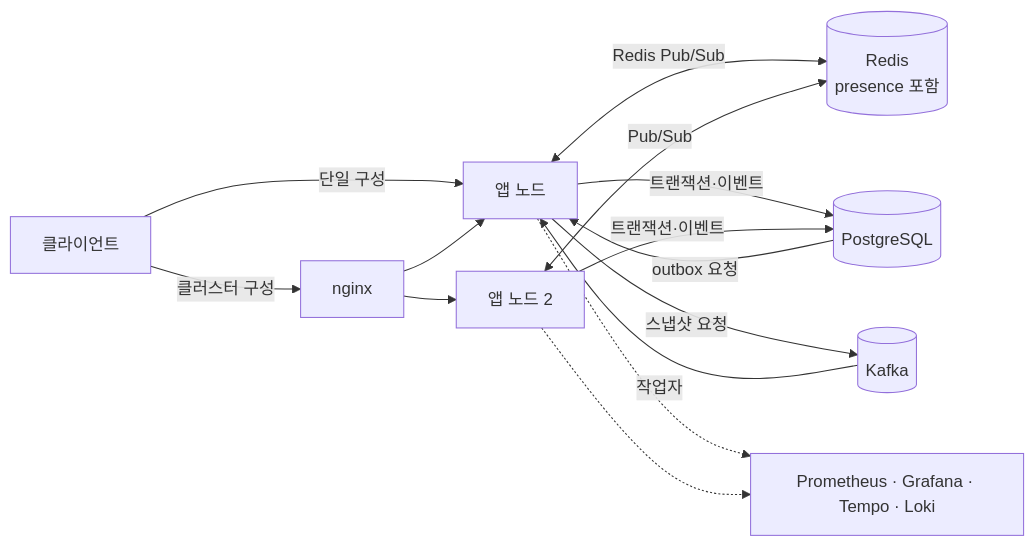
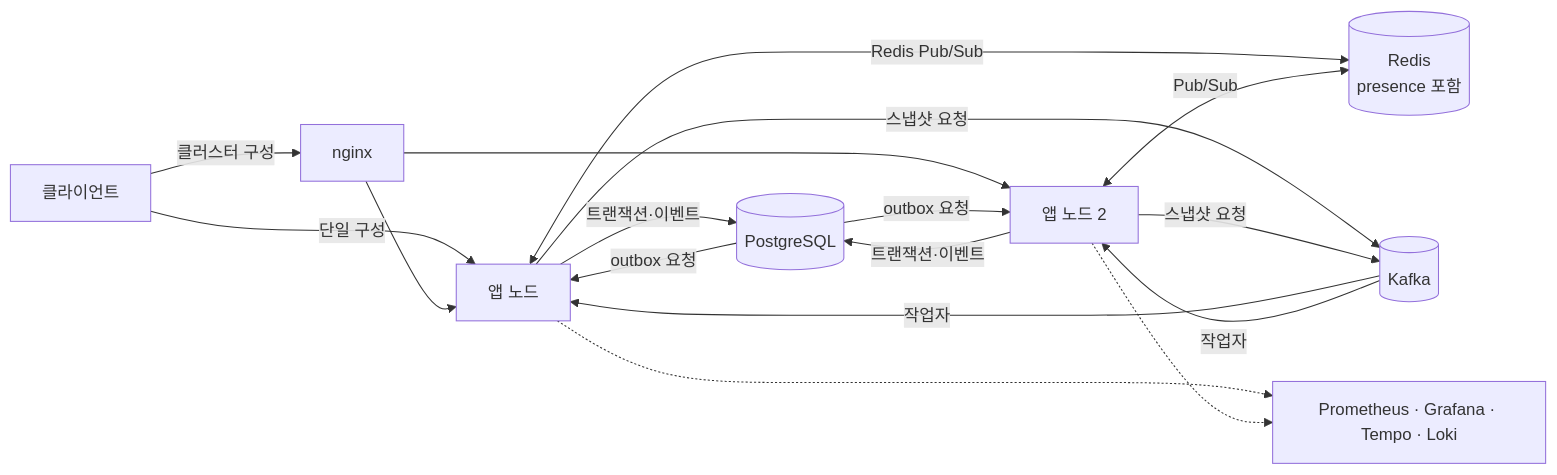
Before and after one commit to juwonlee-dev/event-based-chat: the diagram in docs/architecture.md, drawn with Mermaid. The commit also changed other lines of this file and 9 other files, not shown here.

````diff
--- a/docs/architecture.md
+++ b/docs/architecture.md
@@ -9,16 +9,19 @@
 ```mermaid
 flowchart LR
  C[클라이언트] -->|단일 구성| A1[앱 노드]
  C -->|클러스터 구성| N[nginx]
  N --> A1
  N --> A2[앱 노드 2]
  A1 <--> |Redis Pub/Sub| R[(Redis<br/>presence 포함)]
  A2 <--> |Pub/Sub| R
  A1 -->|트랜잭션·이벤트| P[(PostgreSQL)]
  A2 -->|트랜잭션·이벤트| P
  P -->|outbox 요청| A1
+ P -->|outbox 요청| A2
  A1 -->|스냅샷 요청| K[(Kafka)]
+ A2 -->|스냅샷 요청| K
  K -->|작업자| A1
+ K -->|작업자| A2
  A1 -.-> O[Prometheus · Grafana · Tempo · Loki]
  A2 -.-> O
 ```
````
